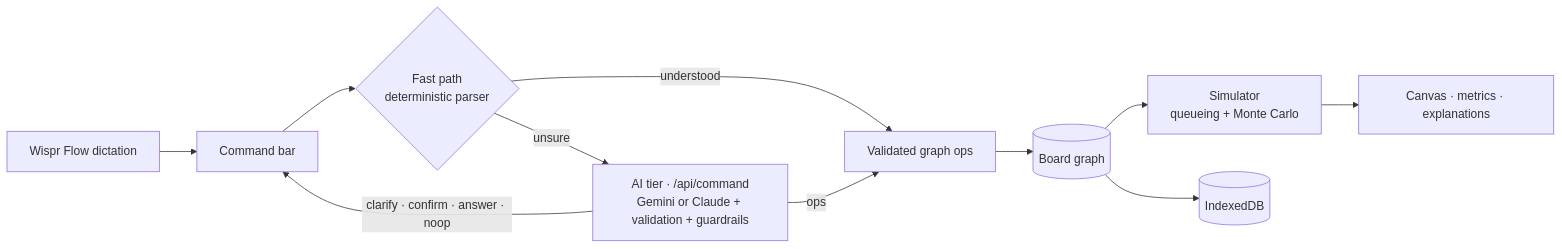
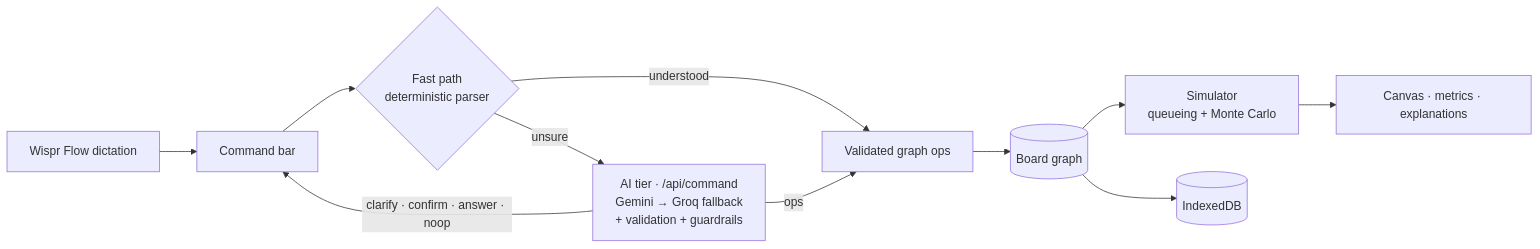
Before and after one commit to im-shourya/Archie: the diagram in README.md, drawn with Mermaid. The commit also changed other lines of this file and 12 other files, not shown here.

````diff
--- a/README.md
+++ b/README.md
@@ -58,13 +59,13 @@
 ```mermaid
 flowchart LR
     V[Wispr Flow dictation] --> C[Command bar]
     C --> F{Fast path<br/>deterministic parser}
     F -- understood --> O[Validated graph ops]
-    F -- unsure --> A[AI tier · /api/command<br/>Gemini or Claude + validation + guardrails]
+    F -- unsure --> A[AI tier · /api/command<br/>Gemini → Groq fallback<br/>+ validation + guardrails]
     A -- ops --> O
     A -- clarify · confirm · answer · noop --> C
     O --> G[(Board graph)]
     G --> S[Simulator<br/>queueing + Monte Carlo]
     S --> U[Canvas · metrics · explanations]
     G --> D[(IndexedDB)]
 ```
````
